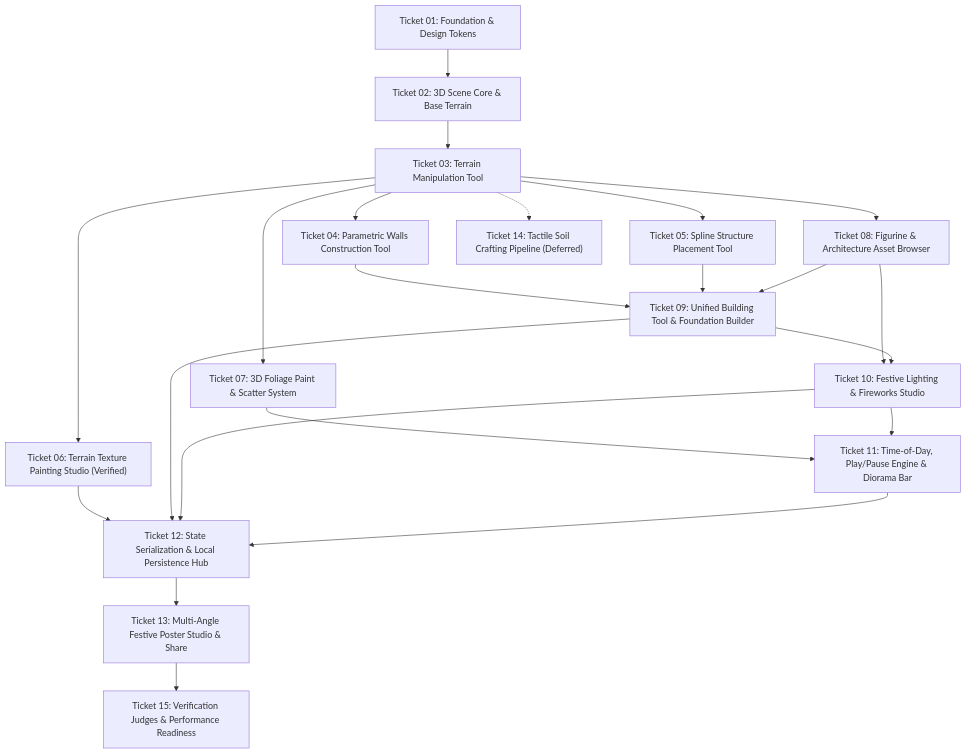
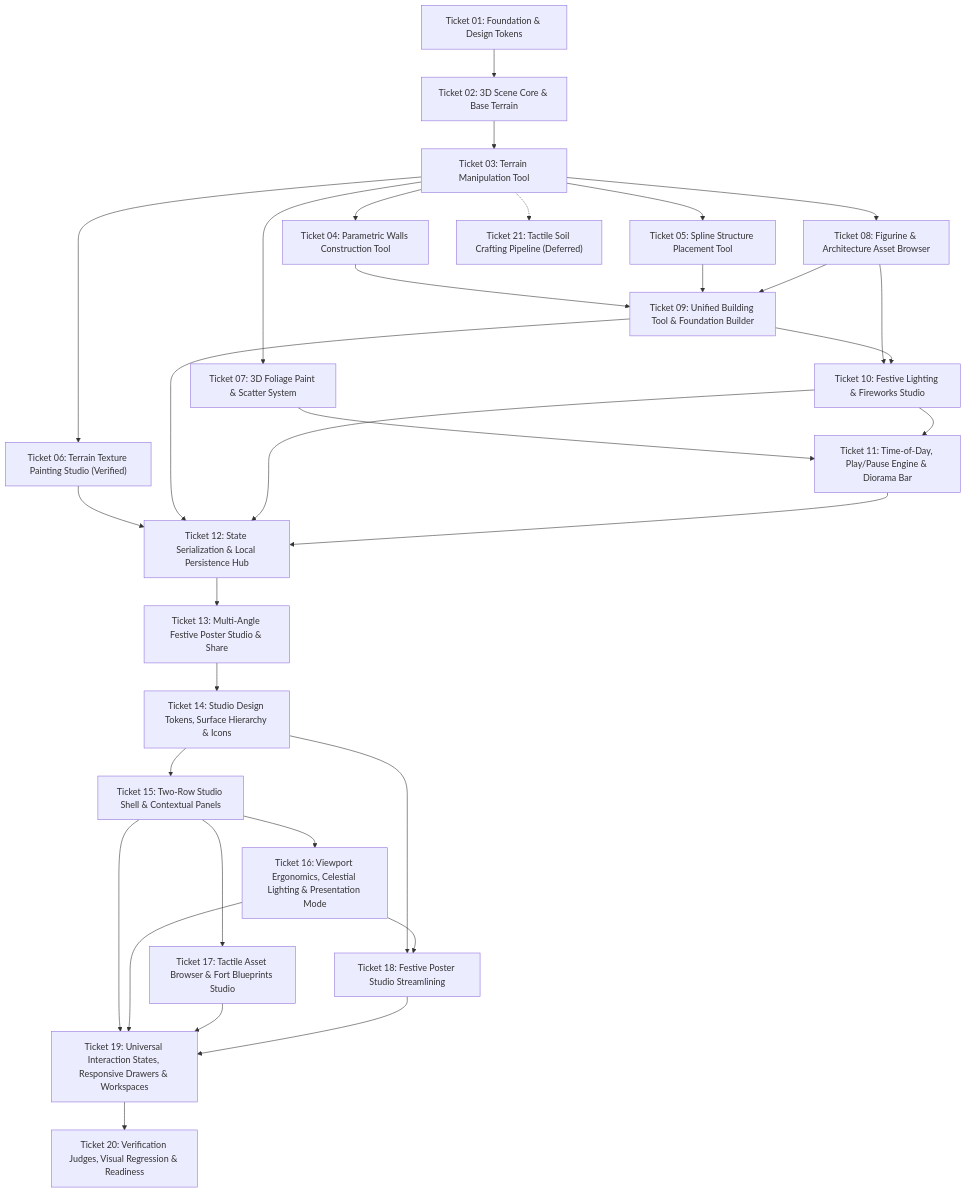
The diagram in roadmap.md (adityapawar112/KillaPlayground), drawn with Mermaid before and after one commit. The commit also changed other lines of this file and 1 other file, not shown here.

Commit message:
docs(roadmap): add UI/UX studio overhaul tickets 14-21 and sync GitHub issues

````diff
--- a/roadmap.md
+++ b/roadmap.md
@@ -11,29 +11,42 @@
 ```mermaid
 graph TD
   T01["Ticket 01: Foundation & Design Tokens"] --> T02["Ticket 02: 3D Scene Core & Base Terrain"]
   T02 --> T03["Ticket 03: Terrain Manipulation Tool"]
   
   T03 --> T04["Ticket 04: Parametric Walls Construction Tool"]
   T03 --> T05["Ticket 05: Spline Structure Placement Tool"]
   T03 --> T06["Ticket 06: Terrain Texture Painting Studio (Verified)"]
   T03 --> T07["Ticket 07: 3D Foliage Paint & Scatter System"]
   T03 --> T08["Ticket 08: Figurine & Architecture Asset Browser"]
   
   T04 --> T09["Ticket 09: Unified Building Tool & Foundation Builder"]
   T05 --> T09
   T08 --> T09
   T08 --> T10["Ticket 10: Festive Lighting & Fireworks Studio"]
   T09 --> T10
   T07 --> T11["Ticket 11: Time-of-Day, Play/Pause Engine & Diorama Bar"]
   T10 --> T11
   
   T06 --> T12["Ticket 12: State Serialization & Local Persistence Hub"]
   T09 --> T12
   T10 --> T12
   T11 --> T12
   
   T12 --> T13["Ticket 13: Multi-Angle Festive Poster Studio & Share"]
   
-  T03 -.-> T14["Ticket 14: Tactile Soil Crafting Pipeline (Deferred)"]
-  T13 --> T15["Ticket 15: Verification Judges & Performance Readiness"]
+  T13 --> T14["Ticket 14: Studio Design Tokens, Surface Hierarchy & Icons"]
+  T14 --> T15["Ticket 15: Two-Row Studio Shell & Contextual Panels"]
+  
+  T15 --> T16["Ticket 16: Viewport Ergonomics, Celestial Lighting & Presentation Mode"]
+  T15 --> T17["Ticket 17: Tactile Asset Browser & Fort Blueprints Studio"]
+  T14 --> T18["Ticket 18: Festive Poster Studio Streamlining"]
+  T16 --> T18
+  
+  T15 --> T19["Ticket 19: Universal Interaction States, Responsive Drawers & Workspaces"]
+  T16 --> T19
+  T17 --> T19
+  T18 --> T19
+  
+  T19 --> T20["Ticket 20: Verification Judges, Visual Regression & Readiness"]
+  T03 -.-> T21["Ticket 21: Tactile Soil Crafting Pipeline (Deferred)"]
 ```
````
